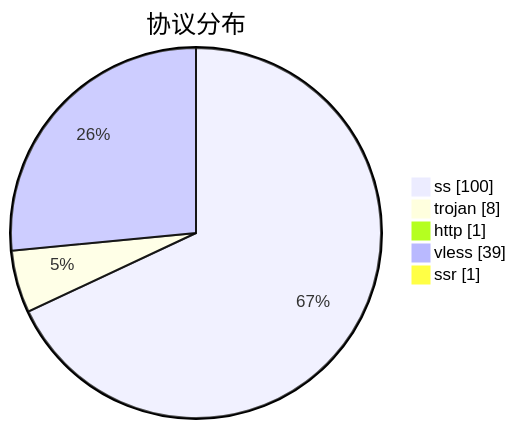
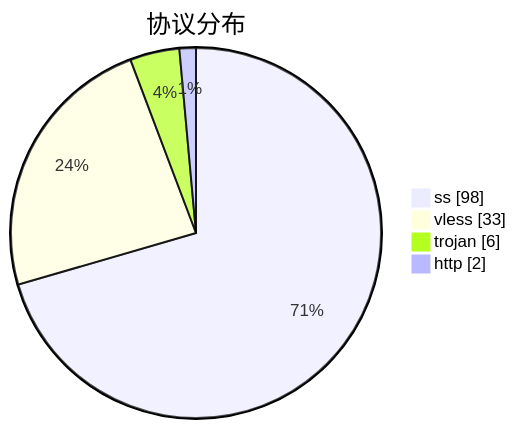
One commit to qjlxg/airport changed the third of 3 diagrams in subs/statistics/tested_within.md. Above: the diagram before and after it, drawn with Mermaid. The commit also changed other lines of this file and 2 other files, not shown here.

````diff
--- a/subs/statistics/tested_within.md
+++ b/subs/statistics/tested_within.md
@@ -16,9 +16,8 @@
 ```mermaid
 pie showData
 title 协议分布
-"ss" : 100
-"trojan" : 8
-"http" : 1
-"vless" : 39
-"ssr" : 1
+"ss" : 98
+"vless" : 33
+"trojan" : 6
+"http" : 2
 ```
````
